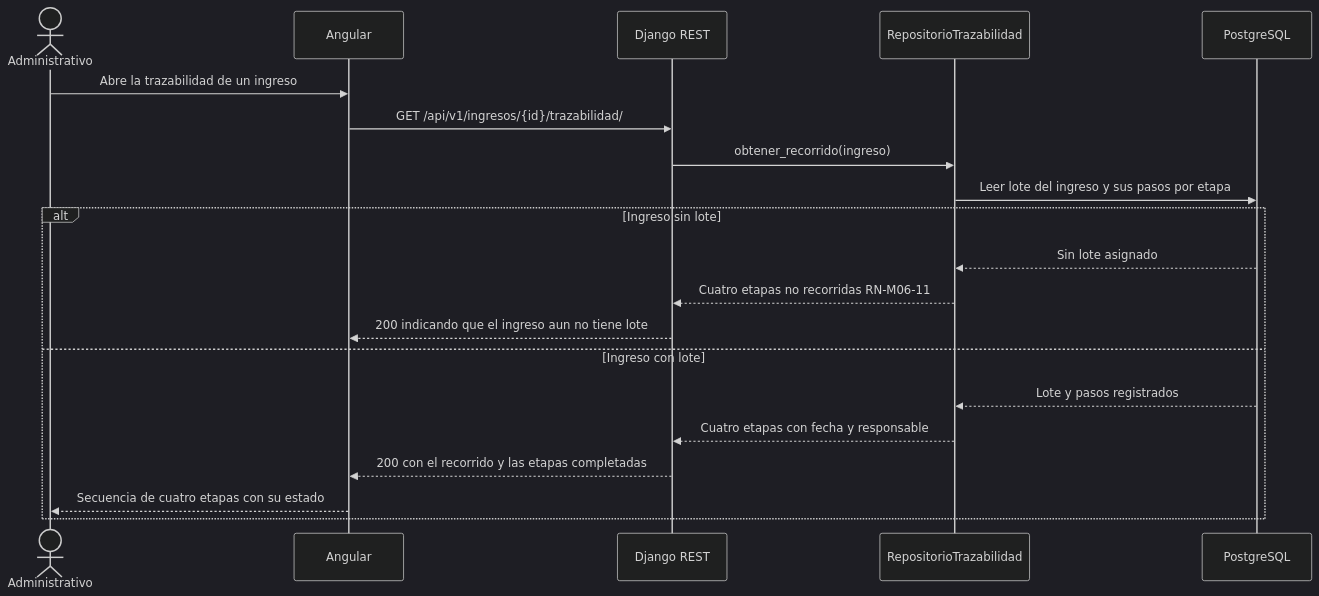
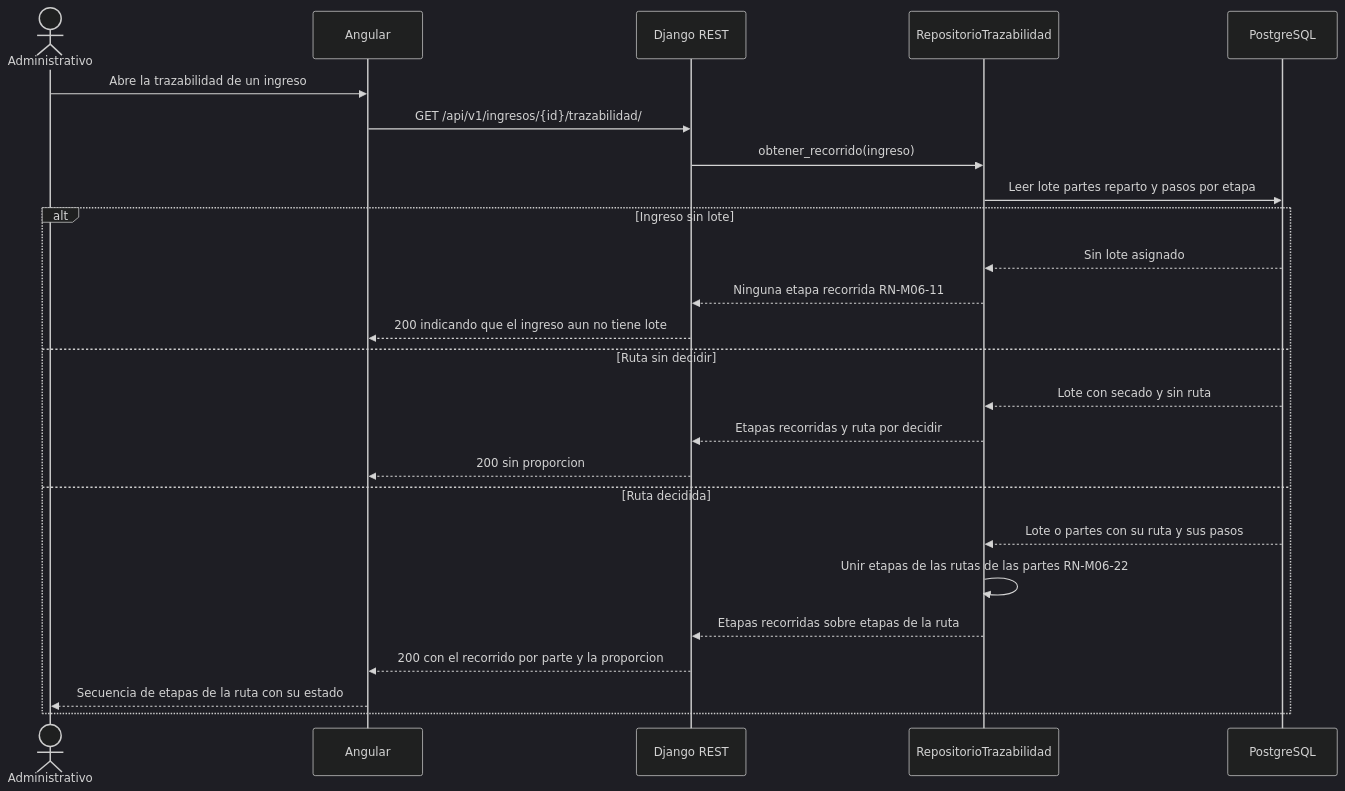
The third of 5 diagrams in docs/modulos/M06-trazabilidad/diagramas/secuencia.md (adlerOmonte1/LogisticaMinera), drawn with Mermaid (dark theme) before and after one commit. The commit also changed other lines of this file and 9 other files, not shown here.

````diff
--- a/docs/modulos/M06-trazabilidad/diagramas/secuencia.md
+++ b/docs/modulos/M06-trazabilidad/diagramas/secuencia.md
@@ -101,24 +121,29 @@
 ```mermaid
 sequenceDiagram
     actor A as Administrativo
     participant NG as Angular
     participant API as Django REST
     participant REP as RepositorioTrazabilidad
     participant DB as PostgreSQL
 
     A->>NG: Abre la trazabilidad de un ingreso
     NG->>API: GET /api/v1/ingresos/{id}/trazabilidad/
     API->>REP: obtener_recorrido(ingreso)
-    REP->>DB: Leer lote del ingreso y sus pasos por etapa
+    REP->>DB: Leer lote partes reparto y pasos por etapa
 
     alt Ingreso sin lote
         DB-->>REP: Sin lote asignado
-        REP-->>API: Cuatro etapas no recorridas RN-M06-11
+        REP-->>API: Ninguna etapa recorrida RN-M06-11
         API-->>NG: 200 indicando que el ingreso aun no tiene lote
-    else Ingreso con lote
-        DB-->>REP: Lote y pasos registrados
-        REP-->>API: Cuatro etapas con fecha y responsable
-        API-->>NG: 200 con el recorrido y las etapas completadas
-        NG-->>A: Secuencia de cuatro etapas con su estado
+    else Ruta sin decidir
+        DB-->>REP: Lote con secado y sin ruta
+        REP-->>API: Etapas recorridas y ruta por decidir
+        API-->>NG: 200 sin proporcion
+    else Ruta decidida
+        DB-->>REP: Lote o partes con su ruta y sus pasos
+        REP->>REP: Unir etapas de las rutas de las partes RN-M06-22
+        REP-->>API: Etapas recorridas sobre etapas de la ruta
+        API-->>NG: 200 con el recorrido por parte y la proporcion
+        NG-->>A: Secuencia de etapas de la ruta con su estado
     end
 ```
````
